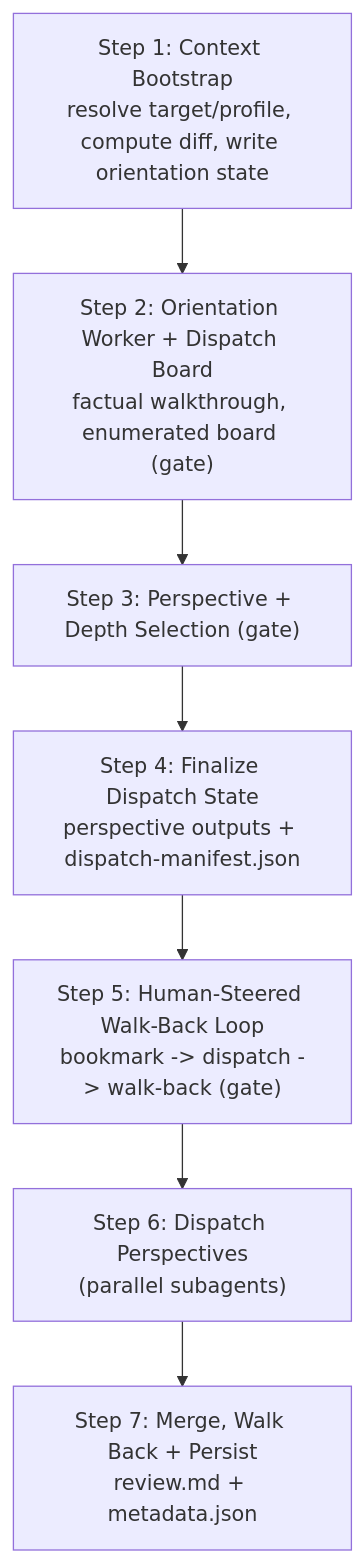
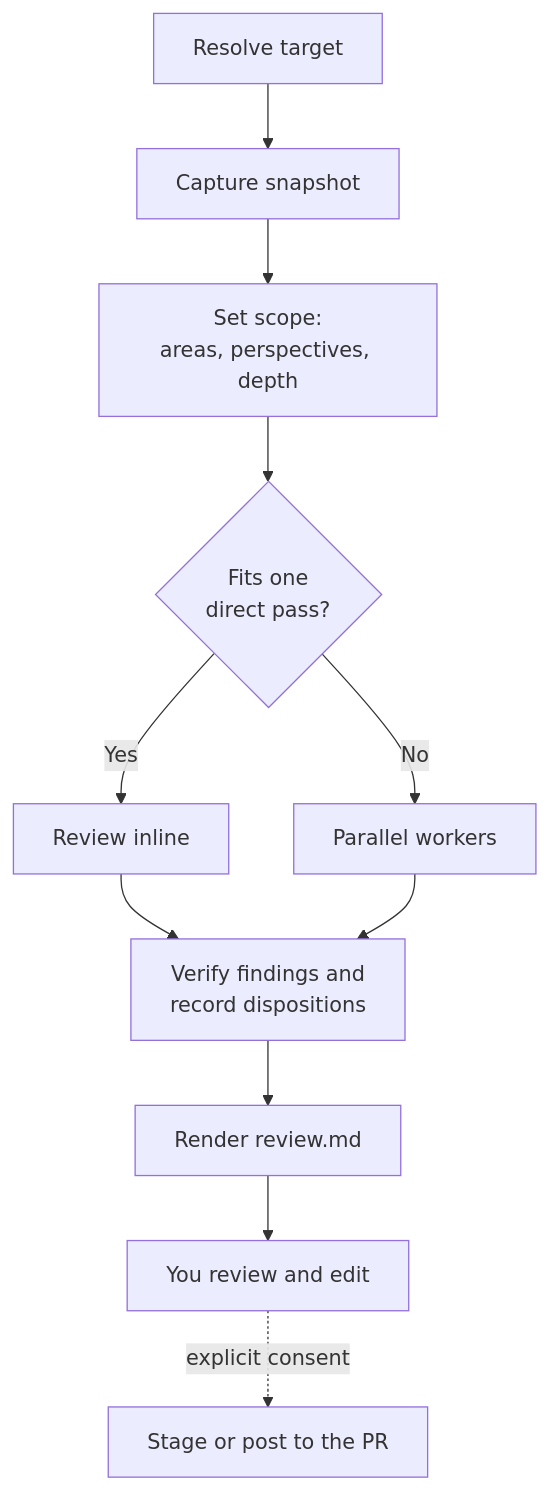
Before and after one commit to microsoft/hve-core: the diagram in docs/agents/code-review/README.md, drawn with Mermaid. The commit also changed other lines of this file and 34 other files, not shown here.

First line of the commit message:
docs(docs): document the code review skills, workers, and canvas

````diff
--- a/docs/agents/code-review/README.md
+++ b/docs/agents/code-review/README.md
@@ -161,14 +142,15 @@
 ```mermaid
 flowchart TD
-  accTitle: Code review workflow
-  accDescr: Seven ordered steps move from target resolution and orientation through human selection, perspective dispatch, and persisted findings.
-  S1["Step 1: Context Bootstrap<br/>resolve target/profile, compute diff, write orientation state"]
-  S2["Step 2: Orientation Worker + Dispatch Board<br/>factual walkthrough, enumerated board (gate)"]
-  S3["Step 3: Perspective + Depth Selection (gate)"]
-  S4["Step 4: Finalize Dispatch State<br/>perspective outputs + dispatch-manifest.json"]
-  S5["Step 5: Human-Steered Walk-Back Loop<br/>bookmark -> dispatch -> walk-back (gate)"]
-  S6["Step 6: Dispatch Perspectives<br/>(parallel subagents)"]
-  S7["Step 7: Merge, Walk Back + Persist<br/>review.md + metadata.json"]
-
-  S1 --> S2 --> S3 --> S4 --> S5 --> S6 --> S7
+  accTitle: Code Review workflow
+  accDescr: Code Review resolves the target, captures one immutable snapshot, sets scope, reviews inline or with parallel workers, verifies findings, and renders an editable report. Posting to a pull request is a separate step that needs human consent.
+  T["Resolve target"] --> C["Capture snapshot"]
+  C --> S["Set scope:<br/>areas, perspectives, depth"]
+  S --> D{"Fits one<br/>direct pass?"}
+  D -- Yes --> I["Review inline"]
+  D -- No --> P["Parallel workers"]
+  I --> V["Verify findings and<br/>record dispositions"]
+  P --> V
+  V --> R["Render review.md"]
+  R --> H["You review and edit"]
+  H -.->|"explicit consent"| PUB["Stage or post to the PR"]
 ```
````
